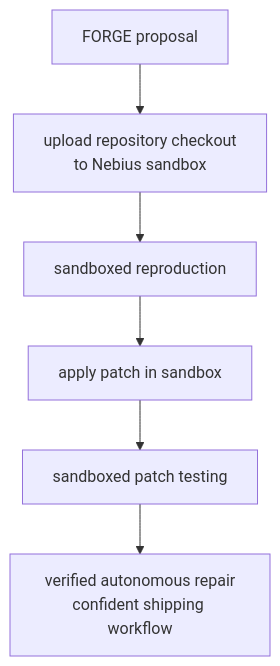
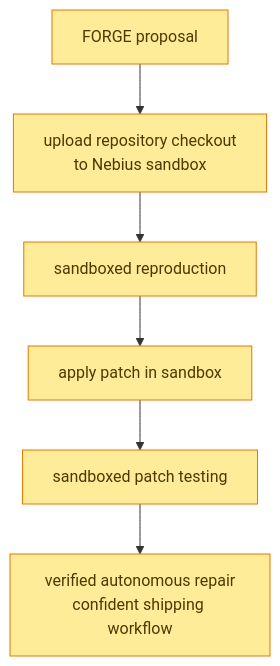
Before and after one commit to kaiser1x/hubris: diagram 17 of 17 in docs/ARCHITECTURE.md, drawn with Mermaid. The commit also changed other lines of this file and 1 other file, not shown here.

First line of the commit message:
docs: fix erDiagram reserved word and color-code architecture maps

````diff
--- a/docs/ARCHITECTURE.md
+++ b/docs/ARCHITECTURE.md
@@ -496,15 +565,18 @@
 ```mermaid
 flowchart TD
     ForgeF["FORGE proposal"]
     Upload["upload repository checkout<br/>to Nebius sandbox"]
     ReproF["sandboxed reproduction"]
     PatchF["apply patch in sandbox"]
     VerifyF["sandboxed patch testing"]
     ShipF["verified autonomous repair<br/>confident shipping workflow"]
 
     ForgeF --> Upload
     Upload --> ReproF
     ReproF --> PatchF
     PatchF --> VerifyF
     VerifyF --> ShipF
+
+    classDef future fill:#ffec99,stroke:#e67700,color:#4d3800
+    class ForgeF,Upload,ReproF,PatchF,VerifyF,ShipF future
 ```
````
